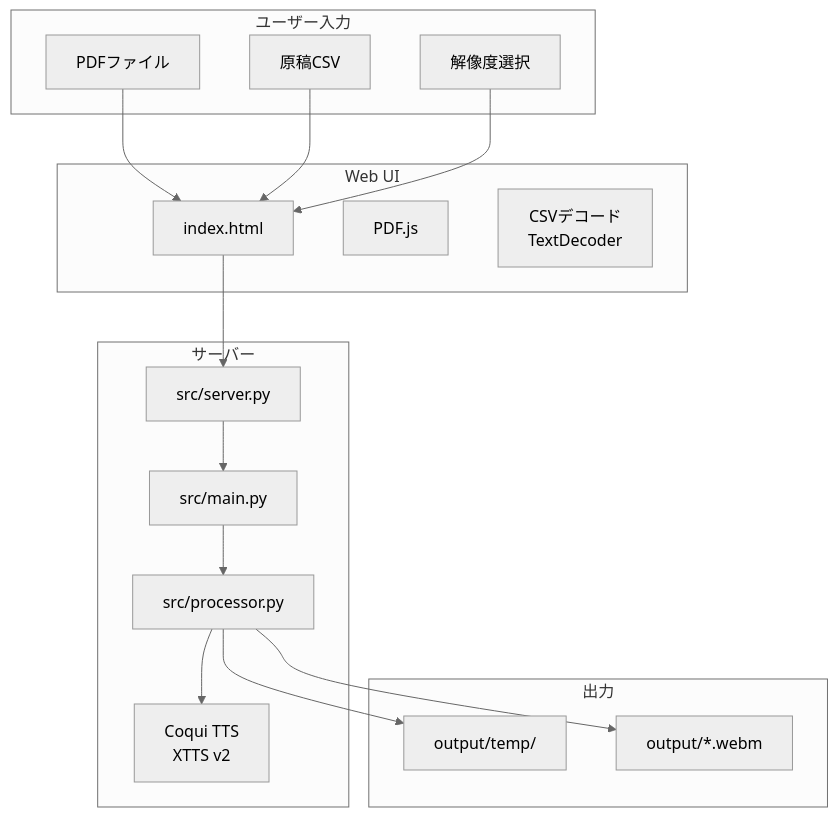
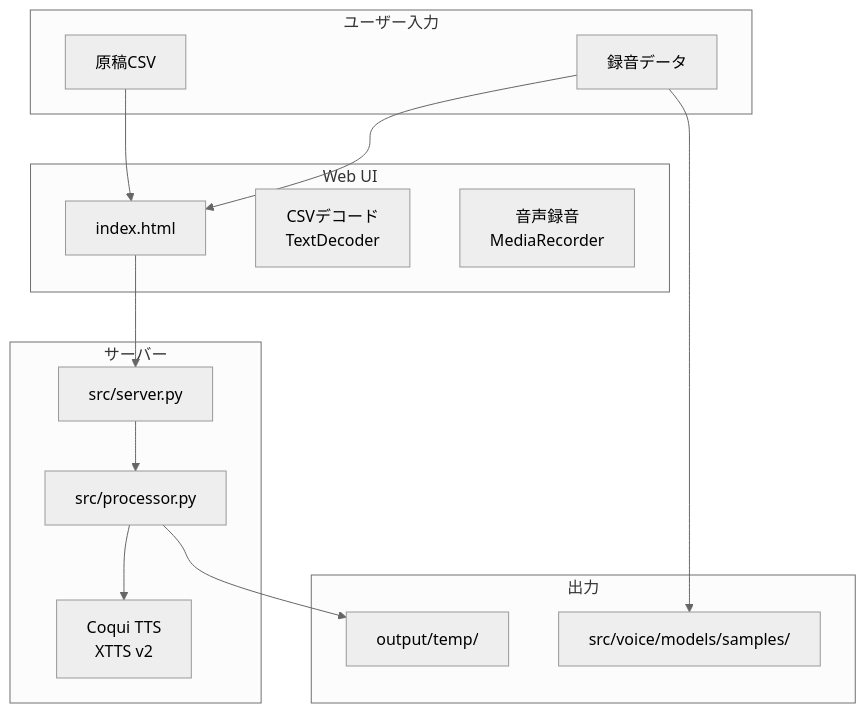
The second of 3 diagrams in specs/001-MyVoice-Maker/spec.md (J1921604/MyVoice-Maker), drawn with Mermaid (neutral theme) before and after one commit. The commit also changed other lines of this file and 4 other files, not shown here.

````diff
--- a/specs/001-MyVoice-Maker/spec.md
+++ b/specs/001-MyVoice-Maker/spec.md
@@ -51,36 +45,32 @@
 ```mermaid
 flowchart TB
     subgraph ユーザー入力
-        PDF[PDFファイル]
         CSV[原稿CSV]
-        RES[解像度選択]
+        REC[録音データ]
     end
 
     subgraph サーバー
         SERVER[src/server.py]
-        MAIN[src/main.py]
         PROC[src/processor.py]
         TTS[Coqui TTS<br/>XTTS v2]
     end
 
     subgraph Web UI
         HTML[index.html]
-        PDFJS[PDF.js]
         CSVDEC[CSVデコード<br/>TextDecoder]
+        RECORDER[音声録音<br/>MediaRecorder]
     end
 
     subgraph 出力
         TEMP[output/temp/]
-        WEBM[output/*.webm]
+        SAMPLES[src/voice/models/samples/]
     end
 
-    PDF --> HTML
     CSV --> HTML
-    RES --> HTML
+    REC --> HTML
     HTML --> SERVER
-    SERVER --> MAIN
-    MAIN --> PROC
+    SERVER --> PROC
     PROC --> TTS
     PROC --> TEMP
-    PROC --> WEBM
+    REC --> SAMPLES
 ```
````
